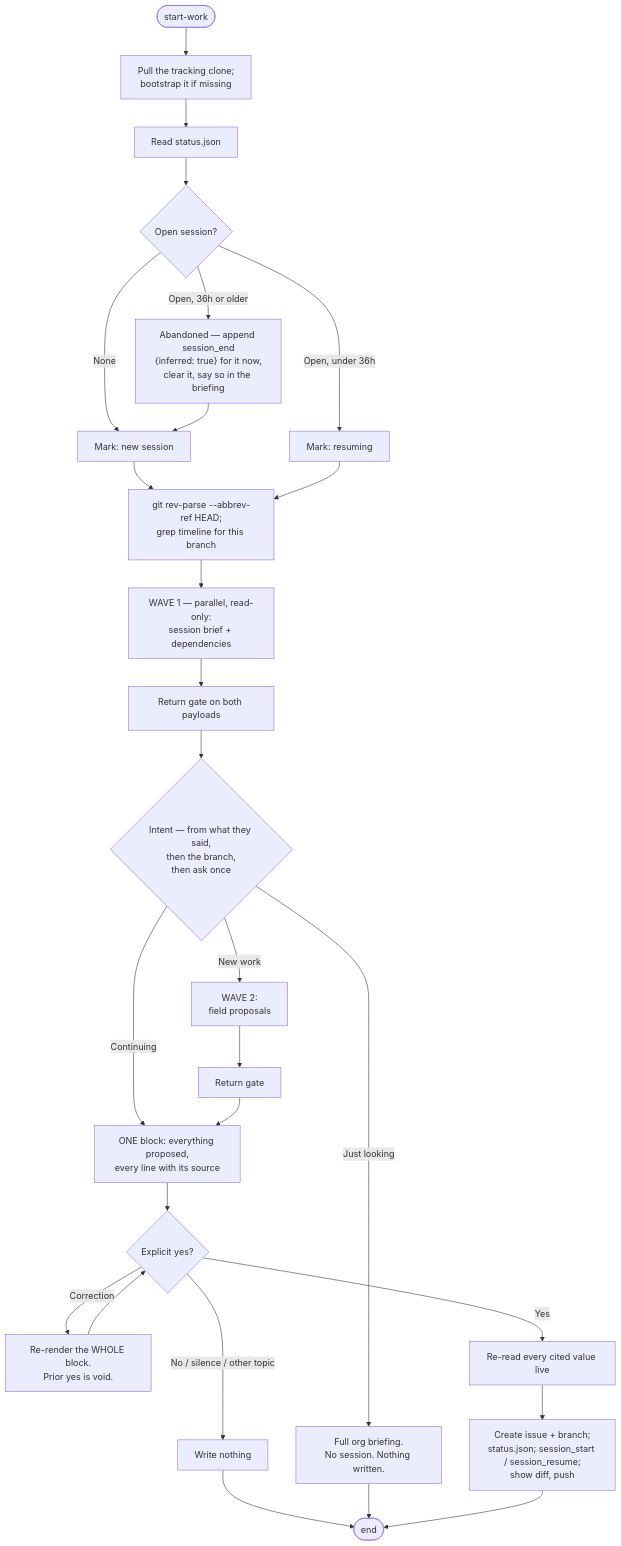
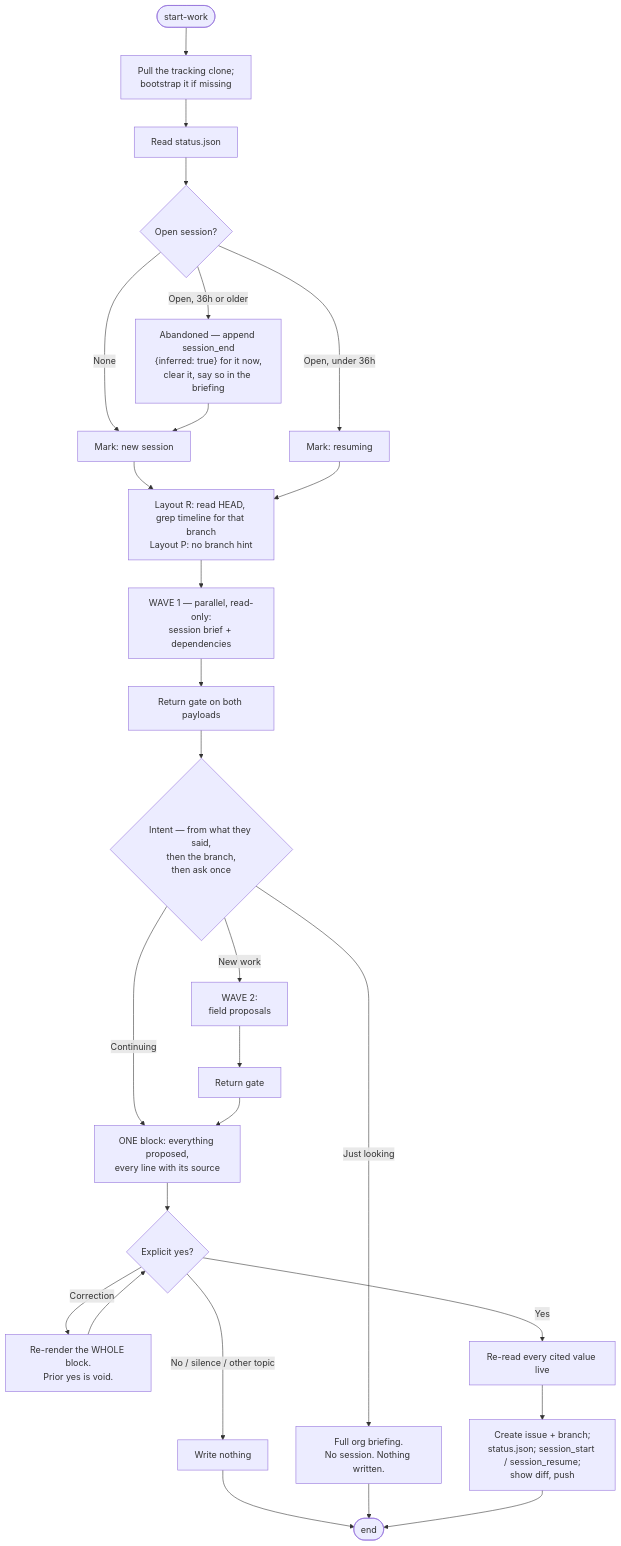
One commit to alimohammed1624/skills changed the diagram in .claude/skills/start-work/SKILL.md. Above: the diagram before and after it, drawn with Mermaid. The commit also changed other lines of this file and 3 other files, not shown here.

````diff
--- a/.claude/skills/start-work/SKILL.md
+++ b/.claude/skills/start-work/SKILL.md
@@ -372,31 +480,31 @@
 ```mermaid
 flowchart TD
     START([start-work]) --> SYNC["Pull the tracking clone;<br/>bootstrap it if missing"]
     SYNC --> READ["Read status.json"]
     READ --> SESS{Open session?}
     SESS -->|None| NEW["Mark: new session"]
     SESS -->|"Open, under 36h"| RES["Mark: resuming"]
     SESS -->|"Open, 36h or older"| STALE["Abandoned — append session_end<br/>{inferred: true} for it now,<br/>clear it, say so in the briefing"]
     STALE --> NEW
     NEW --> BR
     RES --> BR
-    BR["git rev-parse --abbrev-ref HEAD;<br/>grep timeline for this branch"] --> W1["WAVE 1 — parallel, read-only:<br/>session brief + dependencies"]
+    BR["Layout R: read HEAD, grep timeline for that branch<br/>Layout P: no branch hint"] --> W1["WAVE 1 — parallel, read-only:<br/>session brief + dependencies"]
 
     W1 --> GATE1["Return gate on both payloads"]
     GATE1 --> INTENT{Intent — from what they said,<br/>then the branch,<br/>then ask once}
 
     INTENT -->|Continuing| BLOCK
     INTENT -->|New work| W2["WAVE 2:<br/>field proposals"]
     INTENT -->|Just looking| BROWSE["Full org briefing.<br/>No session. Nothing written."]
 
     W2 --> GATE2["Return gate"] --> BLOCK
 
     BLOCK["ONE block: everything proposed,<br/>every line with its source"] --> YES{Explicit yes?}
     YES -->|Correction| REDO["Re-render the WHOLE block.<br/>Prior yes is void."] --> YES
     YES -->|No / silence / other topic| NOTHING["Write nothing"] --> DONE
     YES -->|Yes| RECHECK["Re-read every cited value live"]
     RECHECK --> WRITE["Create issue + branch;<br/>status.json; session_start / session_resume;<br/>show diff, push"]
 
     BROWSE --> DONE([end])
     WRITE --> DONE
 ```
````
